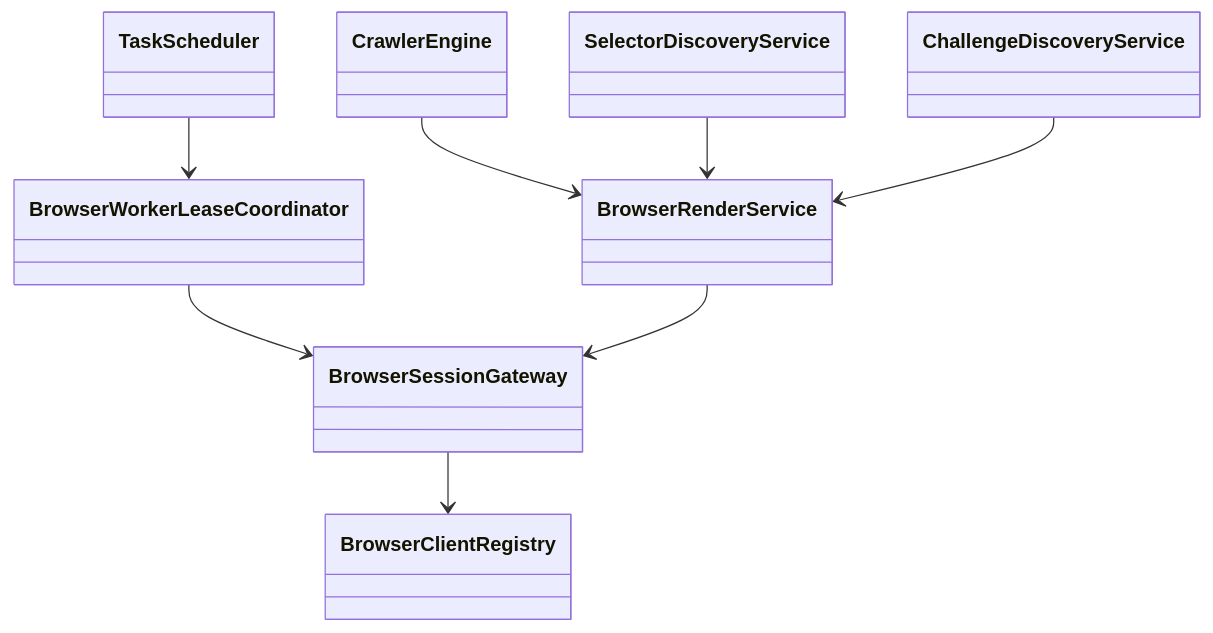
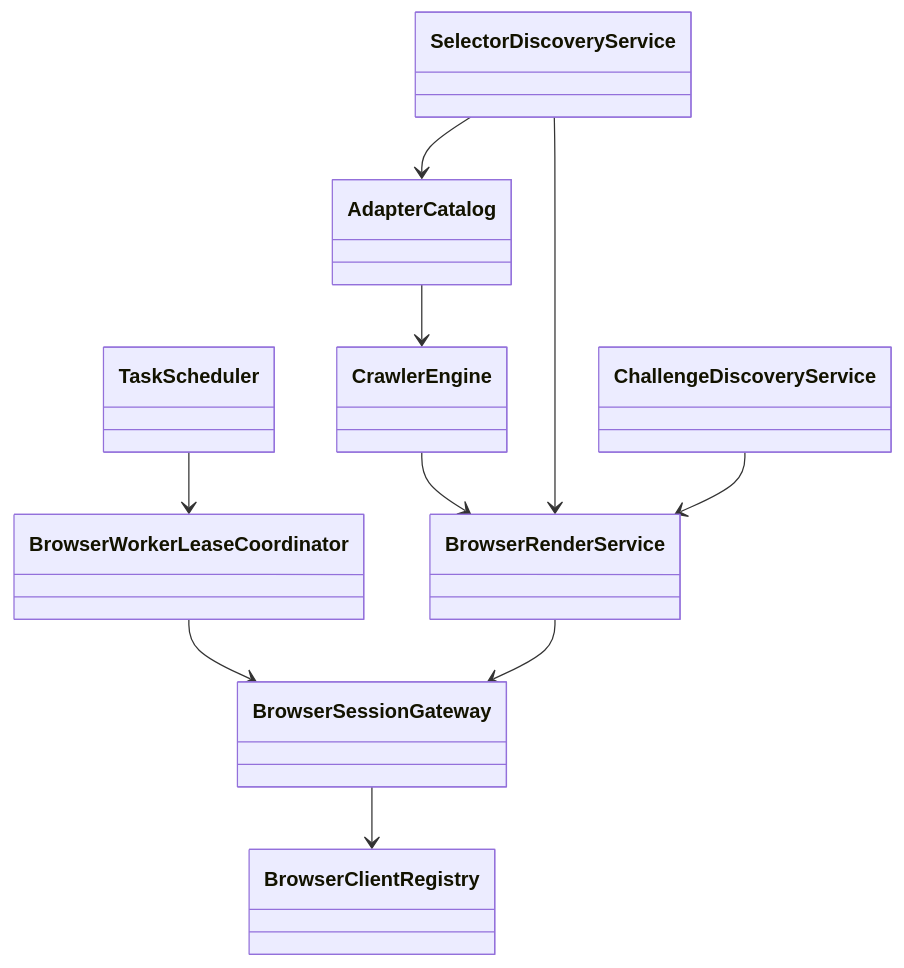
The second of 5 diagrams in docs/development/SDD.md (luberserker0v0/comic-crawler), drawn with Mermaid before and after one commit. The commit also changed other lines of this file and 45 other files, not shown here.

Commit message:
feat: add immutable adapter catalog and cleanup tooling

````diff
--- a/docs/development/SDD.md
+++ b/docs/development/SDD.md
@@ -58,19 +60,22 @@
 ```mermaid
 classDiagram
   class BrowserClientRegistry
   class BrowserSessionGateway
   class BrowserWorkerLeaseCoordinator
   class BrowserRenderService
   class TaskScheduler
   class CrawlerEngine
   class SelectorDiscoveryService
   class ChallengeDiscoveryService
+  class AdapterCatalog
 
   BrowserSessionGateway --> BrowserClientRegistry
   BrowserWorkerLeaseCoordinator --> BrowserSessionGateway
   BrowserRenderService --> BrowserSessionGateway
   TaskScheduler --> BrowserWorkerLeaseCoordinator
   CrawlerEngine --> BrowserRenderService
   SelectorDiscoveryService --> BrowserRenderService
   ChallengeDiscoveryService --> BrowserRenderService
+  SelectorDiscoveryService --> AdapterCatalog
+  AdapterCatalog --> CrawlerEngine
 ```
````
